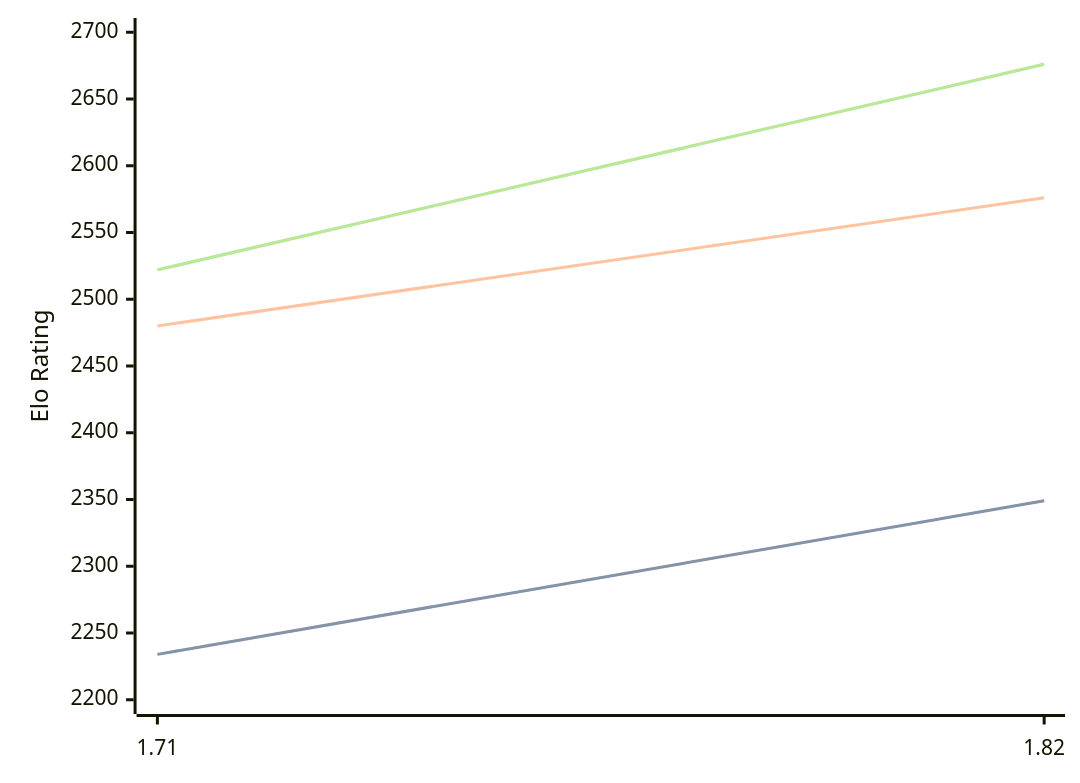
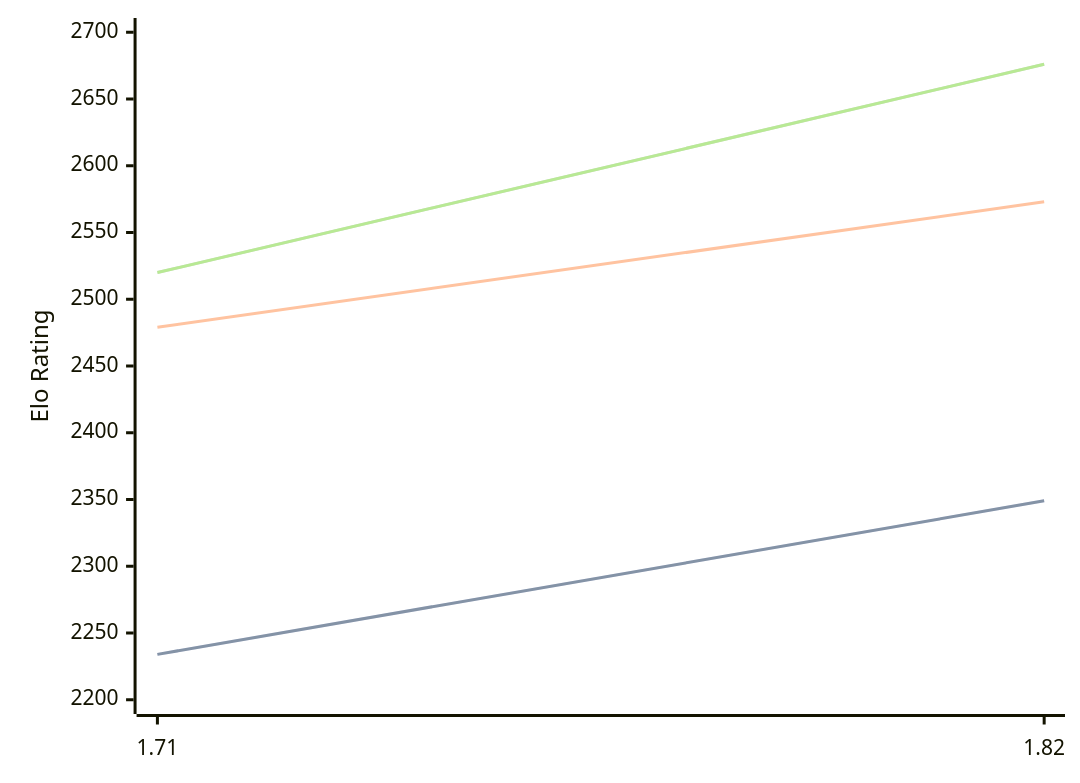
One commit to computer-chess-index/cci changed the diagram in engines/Amira.md. Above: the diagram before and after it, drawn with Mermaid. The commit also changed other lines of this file, not shown here.

Commit message:
Update CCI Ratings (ELO VLTC) - 2026-05-07

````diff
--- a/engines/Amira.md
+++ b/engines/Amira.md
@@ -35,11 +35,11 @@
 ```mermaid
 %%{init: {"theme":"base","themeVariables":{"seriesColors:['#a3a3a3','#222221','#faa371']}}}%%
 xychart-beta
   x-axis ["1.71", "1.82"]
   y-axis "Elo Rating" 2200 --> 2700
   line "STC (8.0+0.08s)" [2234, 2349]
   line "STC (8.0+0.08s)" [2234, 2349]
-  line "LTC (60.0+0.60s)" [2480, 2576]
-  line "VLTC (2m24s+1.12s)" [2522, 2676]
-  line "VLTC (2m24s+1.12s)" [2522, 2676]
+  line "LTC (60.0+0.60s)" [2479, 2573]
+  line "VLTC (2m24s+1.12s)" [2520, 2676]
+  line "VLTC (2m24s+1.12s)" [2520, 2676]
 ```
````
